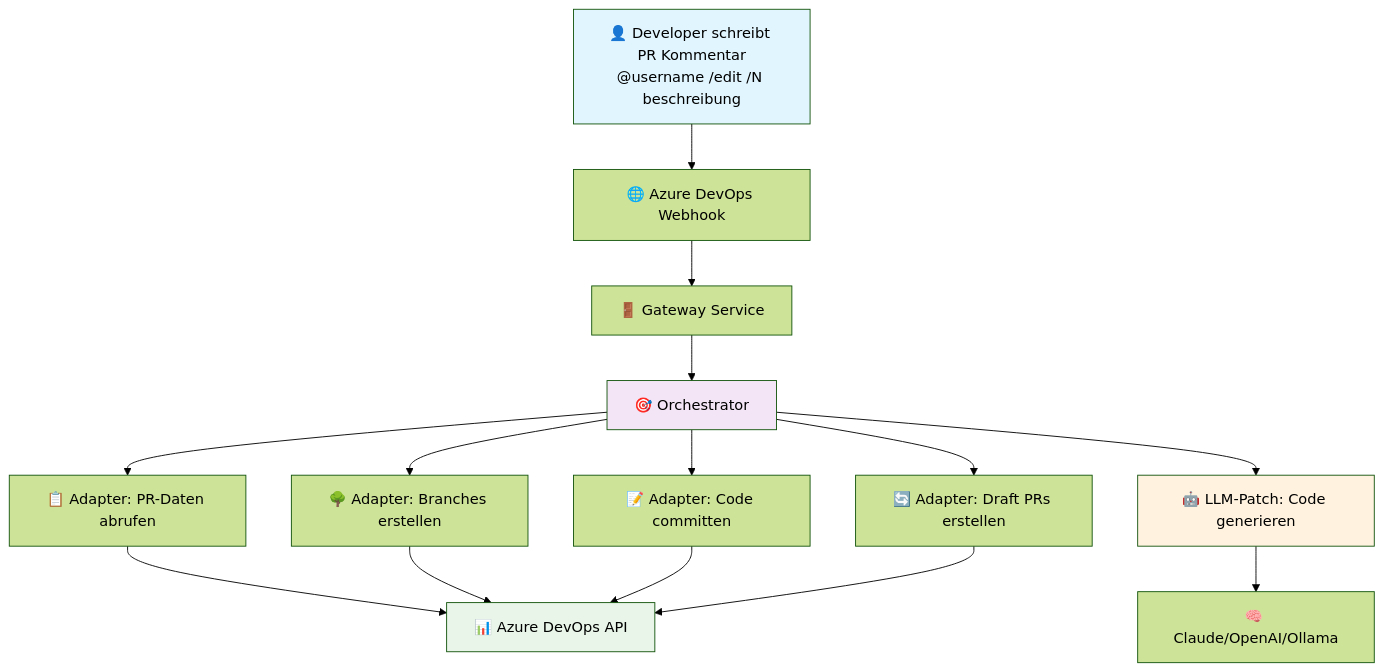
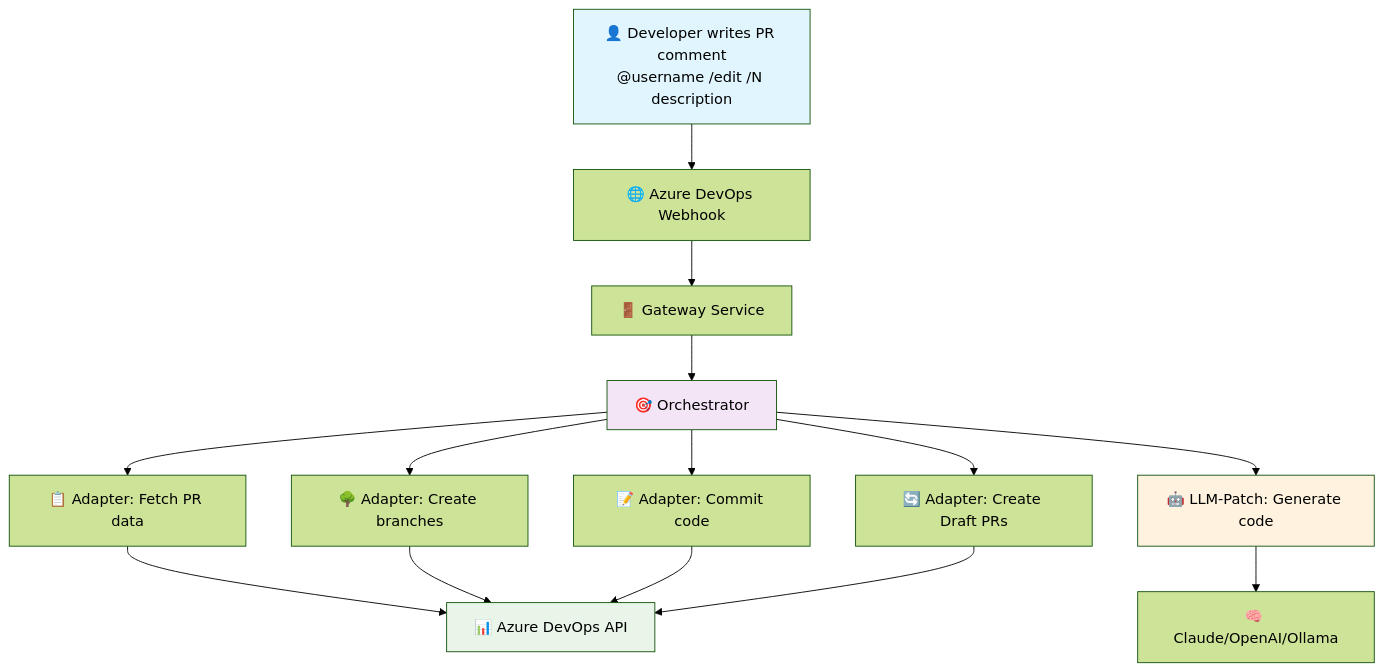
Before and after one commit to ADASK-B/ai-code-agent: the first of 2 diagrams in README.md, drawn with Mermaid (forest theme). The commit also changed other lines of this file, not shown here.

````diff
--- a/README.md
+++ b/README.md
@@ -29,23 +29,23 @@
 ```mermaid
 graph TB
-    A[👤 Developer schreibt PR Kommentar<br/>@username /edit /N beschreibung] --> B[🌐 Azure DevOps Webhook]
+    A[👤 Developer writes PR comment<br/>@username /edit /N description] --> B[🌐 Azure DevOps Webhook]
     B --> C[🚪 Gateway Service]
     C --> D[🎯 Orchestrator]
     
-    D --> E[📋 Adapter: PR-Daten abrufen]
-    D --> F[🤖 LLM-Patch: Code generieren]
-    D --> G[🌳 Adapter: Branches erstellen]
-    D --> H[📝 Adapter: Code committen]
-    D --> I[🔄 Adapter: Draft PRs erstellen]
+    D --> E[📋 Adapter: Fetch PR data]
+    D --> F[🤖 LLM-Patch: Generate code]
+    D --> G[🌳 Adapter: Create branches]
+    D --> H[📝 Adapter: Commit code]
+    D --> I[🔄 Adapter: Create Draft PRs]
     
     E --> J[📊 Azure DevOps API]
     F --> K[🧠 Claude/OpenAI/Ollama]
     G --> J
     H --> J
     I --> J
     
     style A fill:#e1f5fe
     style D fill:#f3e5f5
     style F fill:#fff3e0
     style J fill:#e8f5e8
 ```
````
